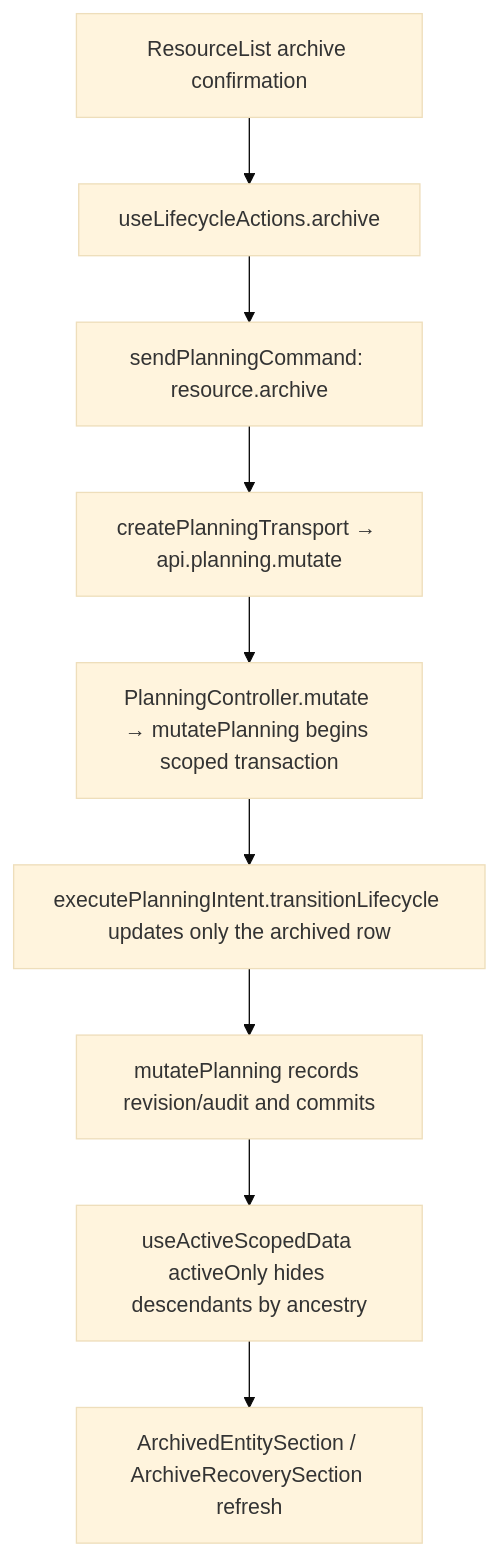
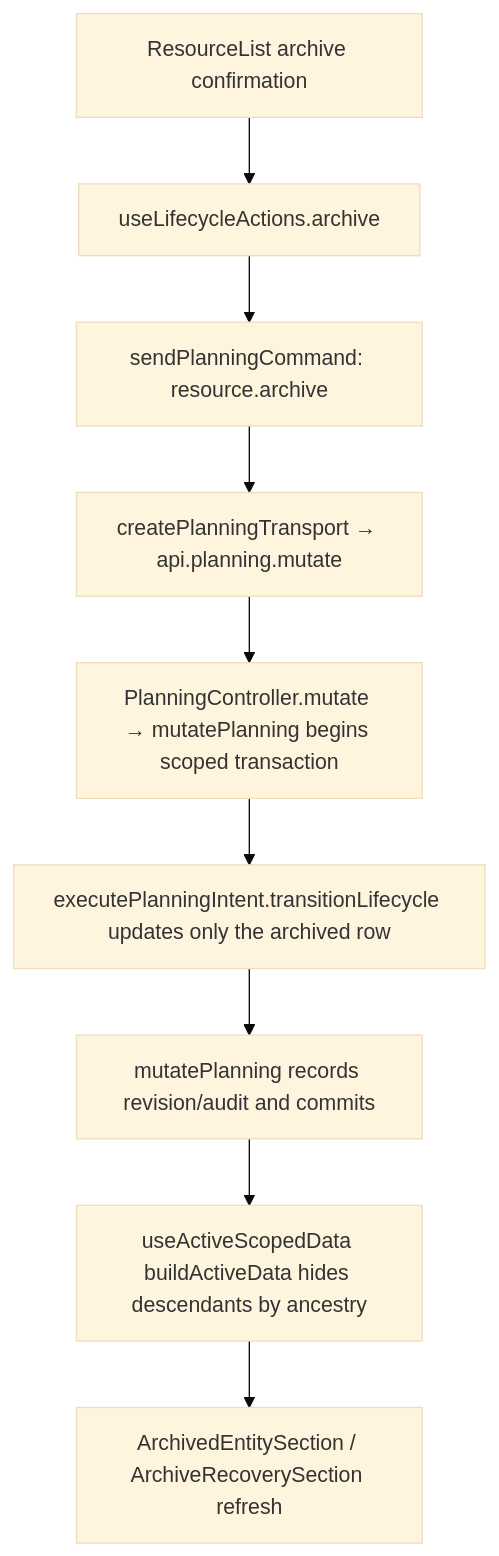
One commit to Kevinjohn/capacitylens changed the second of 2 diagrams in user-stories/resources/US-RES-04-archive-resource.md. Above: the diagram before and after it, drawn with Mermaid (base theme). The commit also changed 222 other files, not shown here.

````diff
--- a/user-stories/resources/US-RES-04-archive-resource.md
+++ b/user-stories/resources/US-RES-04-archive-resource.md
@@ -31,7 +31,7 @@
 ```mermaid
 flowchart TD
   A["ResourceList archive confirmation"] --> B["useLifecycleActions.archive"] --> C["sendPlanningCommand: resource.archive"]
   C --> D["createPlanningTransport → api.planning.mutate"] --> E["PlanningController.mutate → mutatePlanning begins scoped transaction"]
-  E --> F["executePlanningIntent.transitionLifecycle updates only the archived row"] --> K["mutatePlanning records revision/audit and commits"] --> F2["useActiveScopedData activeOnly hides descendants by ancestry"]
+  E --> F["executePlanningIntent.transitionLifecycle updates only the archived row"] --> K["mutatePlanning records revision/audit and commits"] --> F2["useActiveScopedData buildActiveData hides descendants by ancestry"]
   F2 --> H["ArchivedEntitySection / ArchiveRecoverySection refresh"]
 ```
````
